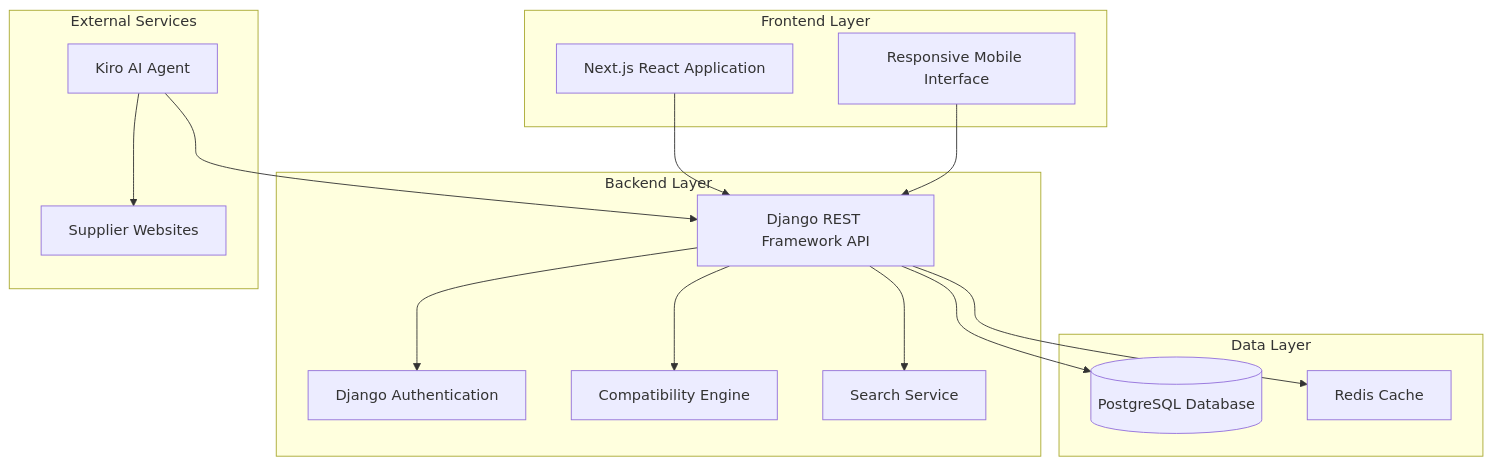
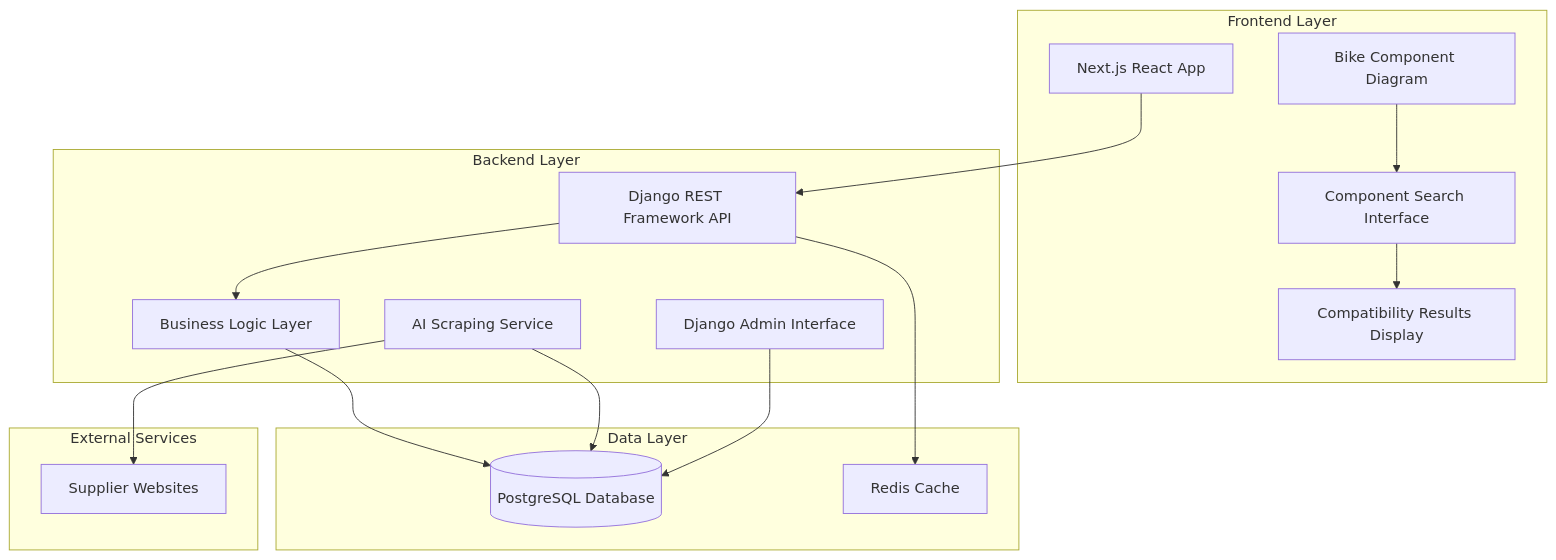
Before and after one commit to ilyas-ya/comp_bike: the diagram in .kiro/specs/component-compatibility-system/design.md, drawn with Mermaid. The commit also changed other lines of this file and 60 other files, not shown here.

````diff
--- a/.kiro/specs/component-compatibility-system/design.md
+++ b/.kiro/specs/component-compatibility-system/design.md
@@ -13,34 +13,35 @@
 ```mermaid
 graph TB
     subgraph "Frontend Layer"
-        UI[Next.js React Application]
-        Mobile[Responsive Mobile Interface]
+        UI[Next.js React App]
+        BC[Bike Component Diagram]
+        CS[Component Search Interface]
+        CR[Compatibility Results Display]
     end
     
     subgraph "Backend Layer"
         API[Django REST Framework API]
-        Auth[Django Authentication]
-        Compat[Compatibility Engine]
-        Search[Search Service]
+        BL[Business Logic Layer]
+        AS[AI Scraping Service]
+        ADMIN[Django Admin Interface]
     end
     
     subgraph "Data Layer"
         DB[(PostgreSQL Database)]
-        Cache[Redis Cache]
+        CACHE[Redis Cache]
     end
     
     subgraph "External Services"
-        Kiro[Kiro AI Agent]
-        Suppliers[Supplier Websites]
+        SUPPLIERS[Supplier Websites]
     end
     
     UI --> API
-    Mobile --> API
-    API --> Auth
-    API --> Compat
-    API --> Search
-    API --> DB
-    API --> Cache
-    Kiro --> Suppliers
-    Kiro --> API
+    BC --> CS
+    CS --> CR
+    API --> BL
+    BL --> DB
+    API --> CACHE
+    AS --> SUPPLIERS
+    AS --> DB
+    ADMIN --> DB
 ```
````
